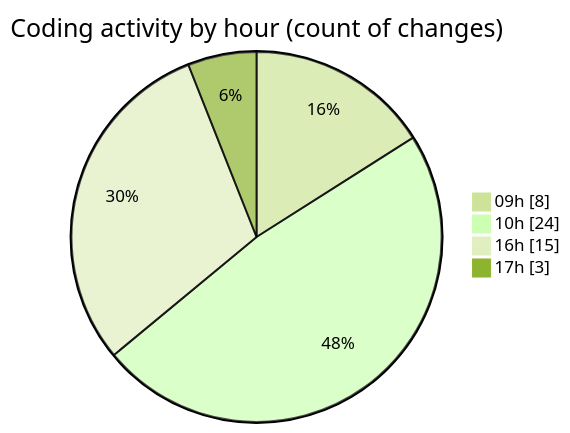
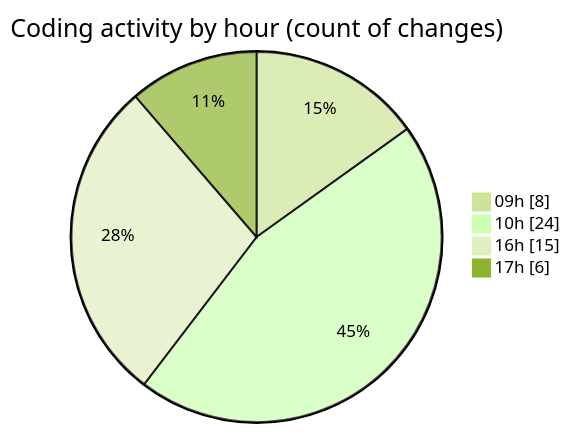
Before and after one commit to julien-gomy/code-tracking: the second of 2 diagrams in 2025-10-09/eventscop-frontend-guide__workspace_/README.md, drawn with Mermaid (forest theme). The commit also changed other lines of this file and 1 other file, not shown here.

````diff
--- a/2025-10-09/eventscop-frontend-guide__workspace_/README.md
+++ b/2025-10-09/eventscop-frontend-guide__workspace_/README.md
@@ -47,8 +48,8 @@
 ```mermaid
 pie showData
 title Coding activity by hour (count of changes)
 "09h" : 8
 "10h" : 24
 "16h" : 15
-"17h" : 3
+"17h" : 6
 ```
````
